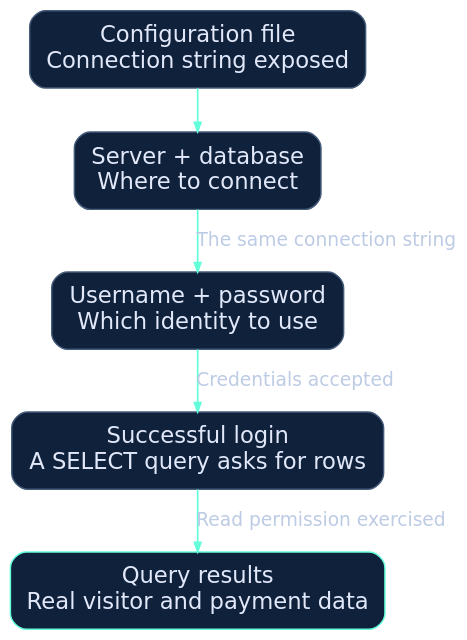
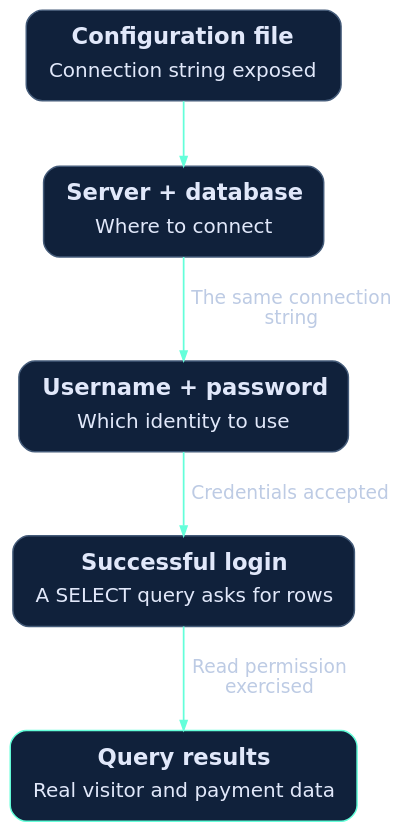
Before and after one commit to rylena/PortfolioWebsite: the diagram in assets/diagrams/source/gisec-credentials.dot, drawn with Graphviz. The commit also changed 35 other files, not shown here.

First line of the commit message:
Publish hospital security writeup and improve blog diagrams

```diff
--- a/assets/diagrams/source/gisec-credentials.dot
+++ b/assets/diagrams/source/gisec-credentials.dot
@@ -1,14 +1,14 @@
 digraph G {
-  graph [rankdir=TB, bgcolor="transparent", pad="0.15", nodesep="0.32", ranksep="0.45", splines=polyline];
-  node [shape=box, style="rounded,filled", fillcolor="#10213b", color="#445b79", fontcolor="#e1e8fa", fontname="DejaVu Sans", fontsize=17, margin="0.18,0.14", penwidth=1.1];
+  graph [rankdir=TB, bgcolor="transparent", pad="0.22", nodesep="0.55", ranksep="0.65", splines=polyline];
+  node [shape=box, style="rounded,filled", fillcolor="#10213b", color="#445b79", fontcolor="#e1e8fa", fontname="DejaVu Sans", fontsize=17, margin="0.20,0.14", penwidth=1.1];
   edge [color="#64ffda", fontcolor="#bdcbe4", fontname="DejaVu Sans", fontsize=14, arrowsize=0.7, penwidth=1.3];
-  config [label="Configuration file\nConnection string exposed"];
-  address [label="Server + database\nWhere to connect"];
-  login [label="Username + password\nWhich identity to use"];
-  query [label="Successful login\nA SELECT query asks for rows"];
-  rows [label="Query results\nReal visitor and payment data", color="#64ffda"];
+  config [label=<<TABLE BORDER="0" CELLBORDER="0" CELLSPACING="0" CELLPADDING="3"><TR><TD><B>Configuration file</B></TD></TR><TR><TD><FONT POINT-SIZE="15">Connection string exposed</FONT></TD></TR></TABLE>>];
+  address [label=<<TABLE BORDER="0" CELLBORDER="0" CELLSPACING="0" CELLPADDING="3"><TR><TD><B>Server + database</B></TD></TR><TR><TD><FONT POINT-SIZE="15">Where to connect</FONT></TD></TR></TABLE>>];
+  login [label=<<TABLE BORDER="0" CELLBORDER="0" CELLSPACING="0" CELLPADDING="3"><TR><TD><B>Username + password</B></TD></TR><TR><TD><FONT POINT-SIZE="15">Which identity to use</FONT></TD></TR></TABLE>>];
+  query [label=<<TABLE BORDER="0" CELLBORDER="0" CELLSPACING="0" CELLPADDING="3"><TR><TD><B>Successful login</B></TD></TR><TR><TD><FONT POINT-SIZE="15">A SELECT query asks for rows</FONT></TD></TR></TABLE>>];
+  rows [label=<<TABLE BORDER="0" CELLBORDER="0" CELLSPACING="0" CELLPADDING="3"><TR><TD><B>Query results</B></TD></TR><TR><TD><FONT POINT-SIZE="15">Real visitor and payment data</FONT></TD></TR></TABLE>>, color="#64ffda"];
   config -> address;
-  address -> login [label="The same connection string"];
-  login -> query [label="Credentials accepted"];
-  query -> rows [label="Read permission exercised"];
+  address -> login [label="  The same connection  \n  string  "];
+  login -> query [label="  Credentials accepted  "];
+  query -> rows [label="  Read permission  \n  exercised  "];
 }
```
